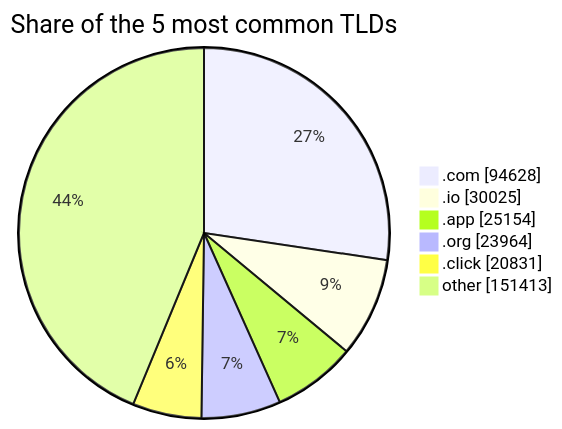
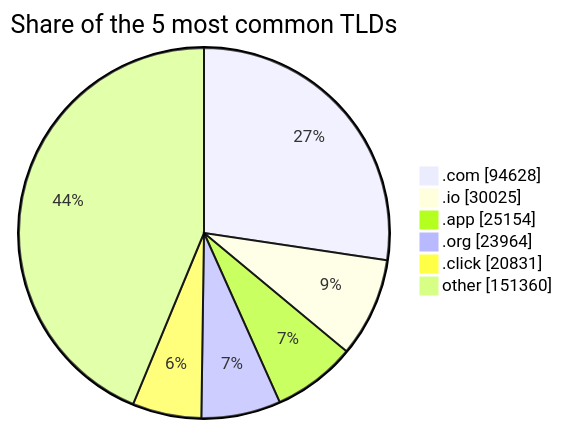
Before and after one commit to DNSBunker/CTI: the third of 3 diagrams in README.md, drawn with Mermaid. The commit also changed other lines of this file and 3 other files, not shown here.

````diff
--- a/README.md
+++ b/README.md
@@ -81,9 +81,9 @@
 ```mermaid
 pie showData title Share of the 5 most common TLDs
     ".com" : 94628
     ".io" : 30025
     ".app" : 25154
     ".org" : 23964
     ".click" : 20831
-    "other" : 151413
+    "other" : 151360
 ```
````
